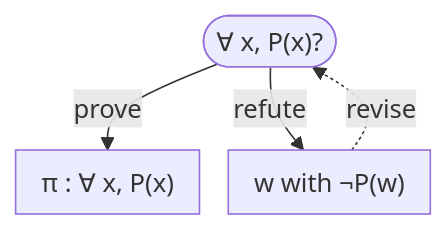
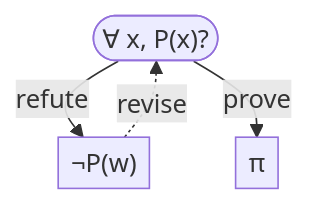
The diagram in README.md (Jun2028/jun2028), drawn with Mermaid before and after one commit.

Commit message:
Tighten the diagram for narrow screens
Use shorter labels and closer spacing to keep the fold-out compact on phones.

````diff
--- a/README.md
+++ b/README.md
@@ -14,17 +14,17 @@
 ```mermaid
 ---
 config:
   flowchart:
     minNodeWidth: 0
-    nodeSpacing: 18
-    rankSpacing: 28
-    padding: 8
+    nodeSpacing: 12
+    rankSpacing: 24
+    padding: 4
     diagramPadding: 6
 ---
 flowchart TB
     accTitle: Two searches for a universal conjecture
     accDescr: A conjecture branches into a search for a proof and a search for a counterexample. A counterexample can lead to a revision.
-    C(["∀ x, P(x)?"]) -->|prove| P["π : ∀ x, P(x)"]
-    C -->|refute| W["w with ¬P(w)"]
+    C(["∀ x, P(x)?"]) -->|refute| W["¬P(w)"]
+    C -->|prove| P["π"]
     W -.->|revise| C
 ```
````
